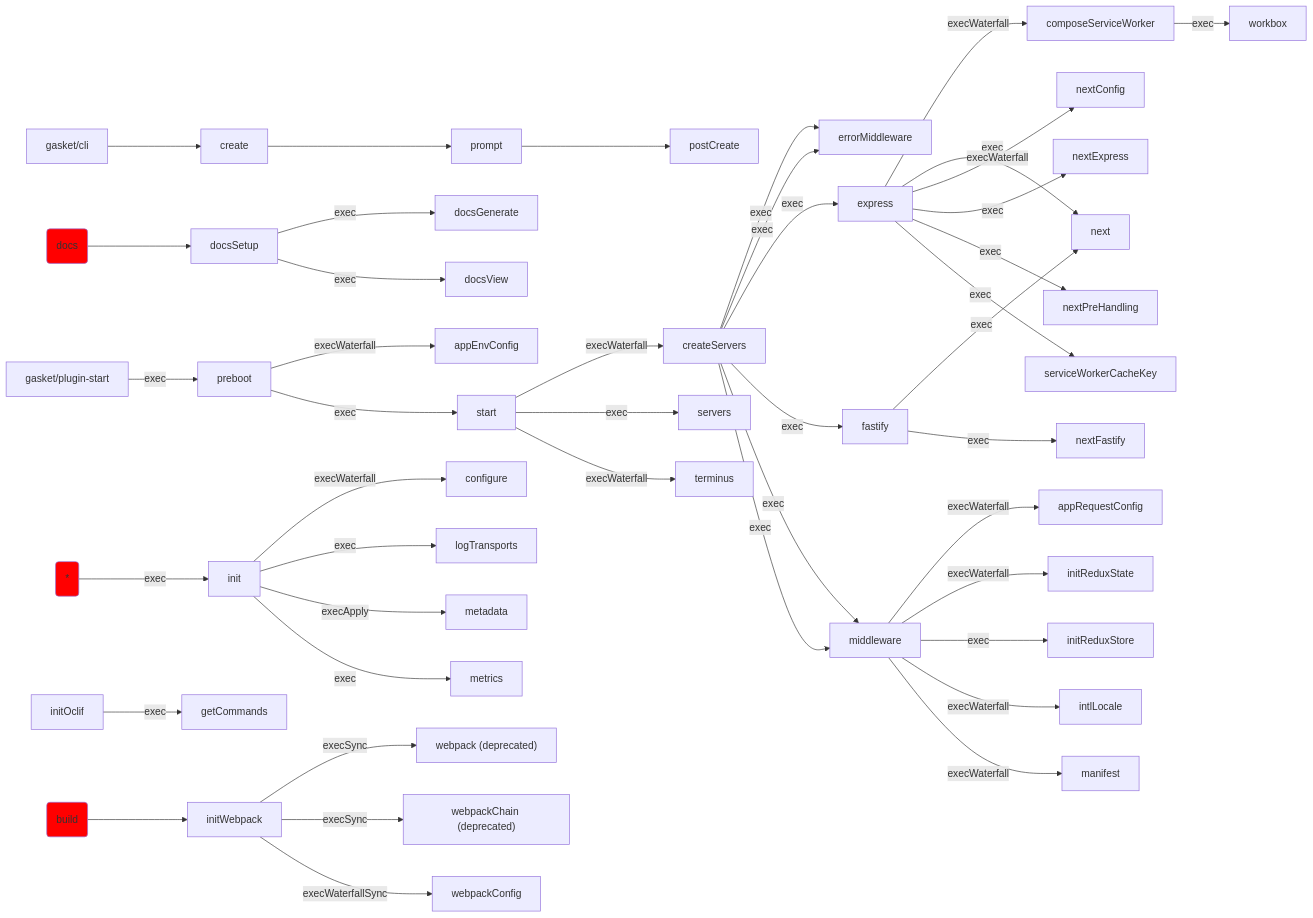
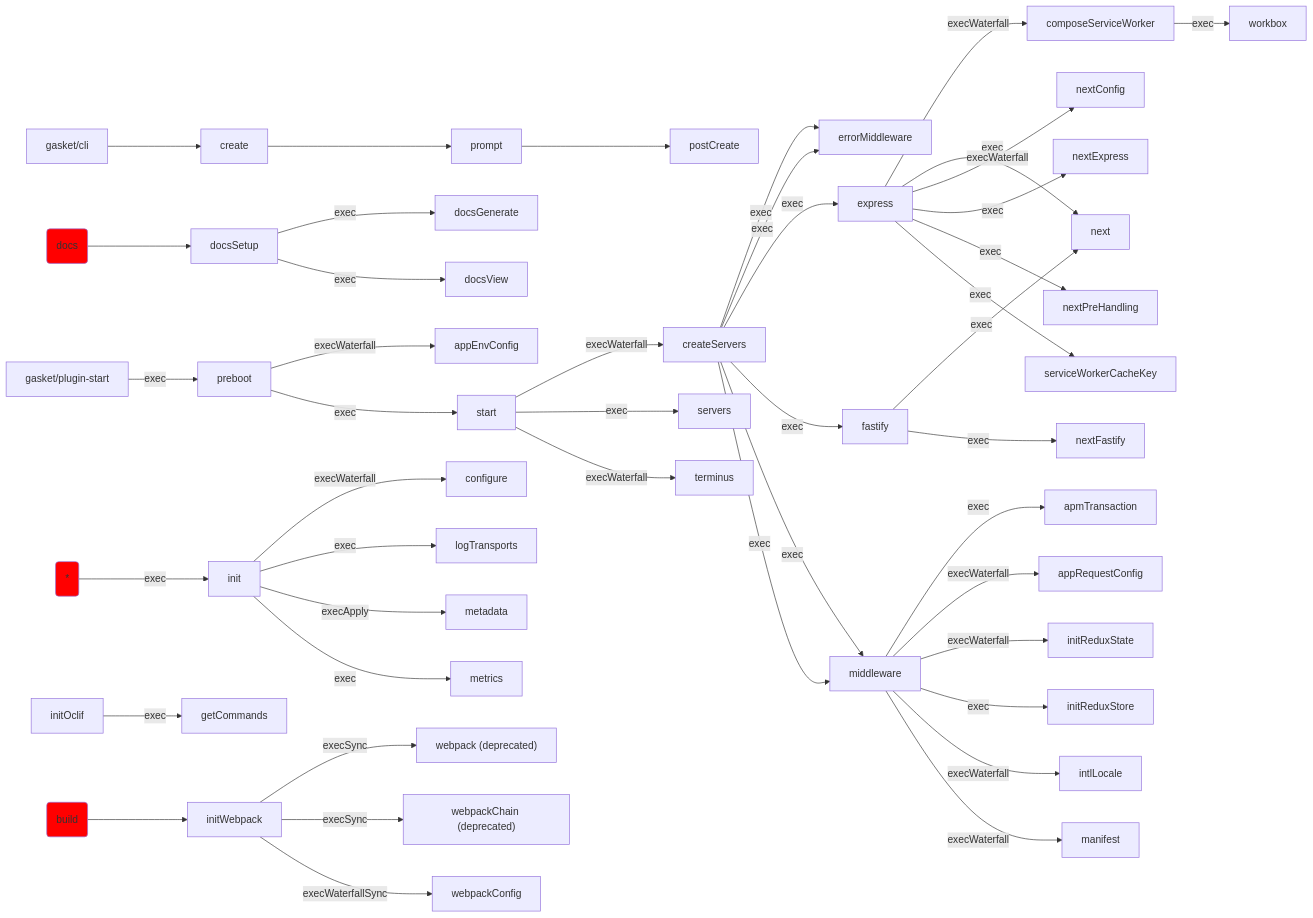
The diagram in docs/generated-docs/lifecycle-graphs.md (godaddy/gasket), drawn with Mermaid before and after one commit. The commit also changed 79 other files, not shown here.

````diff
--- a/docs/generated-docs/lifecycle-graphs.md
+++ b/docs/generated-docs/lifecycle-graphs.md
@@ -1,48 +1,49 @@
 ```mermaid
 graph LR;
+middleware -- exec --> apmTransaction;
 preboot -- execWaterfall --> appEnvConfig;
 middleware -- execWaterfall --> appRequestConfig;
 express -- execWaterfall --> composeServiceWorker;
 init -- execWaterfall --> configure;
 gasket/cli --> create;
 start -- execWaterfall --> createServers;
 docsSetup -- exec --> docsGenerate;
 docs-cmd(docs) --> docsSetup;
 docsSetup -- exec --> docsView;
 createServers -- exec --> errorMiddleware;
 createServers -- exec --> errorMiddleware;
 createServers -- exec --> express;
 createServers -- exec --> fastify;
 initOclif -- exec --> getCommands;
 *-cmd(*) -- exec --> init;
 middleware -- execWaterfall --> initReduxState;
 middleware -- exec --> initReduxStore;
 build-cmd(build) --> initWebpack;
 middleware -- execWaterfall --> intlLocale;
 init -- exec --> logTransports;
 middleware -- execWaterfall --> manifest;
 init -- execApply --> metadata;
 init -- exec --> metrics;
 createServers -- exec --> middleware;
 createServers -- exec --> middleware;
 express -- exec --> next;
 fastify -- exec --> next;
 express -- execWaterfall --> nextConfig;
 express -- exec --> nextExpress;
 fastify -- exec --> nextFastify;
 express -- exec --> nextPreHandling;
 prompt --> postCreate;
 gasket/plugin-start -- exec --> preboot;
 create --> prompt;
 start -- exec --> servers;
 express -- exec --> serviceWorkerCacheKey;
 preboot -- exec --> start;
 start -- execWaterfall --> terminus;
 initWebpack -- execSync --> webpack["webpack (deprecated)"];
 initWebpack -- execSync --> webpackChain["webpackChain (deprecated)"];
 initWebpack -- execWaterfallSync --> webpackConfig;
 composeServiceWorker -- exec --> workbox;
 style docs-cmd fill: red;
 style *-cmd fill: red;
 style build-cmd fill: red;
 ```
````
